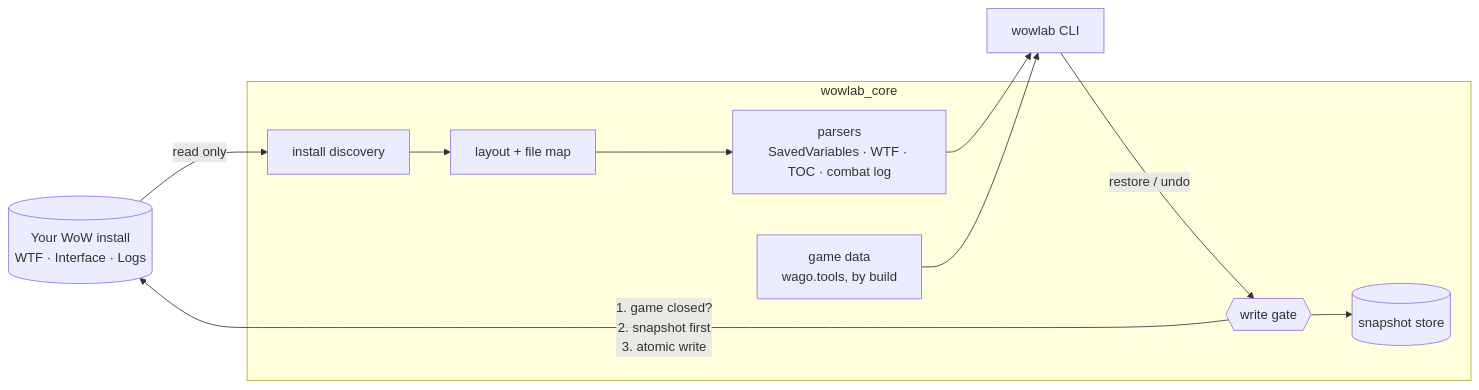
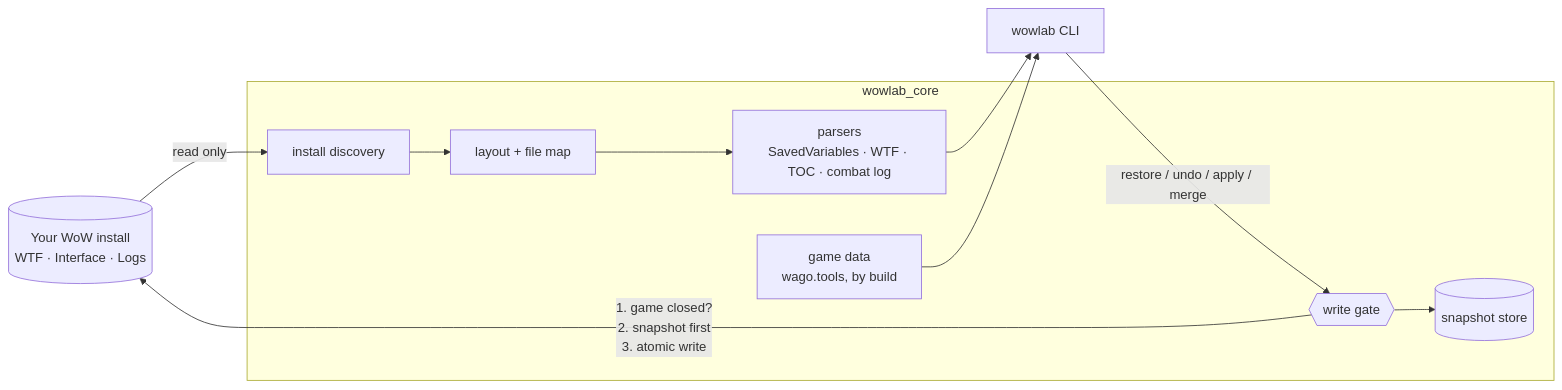
Before and after one commit to sandgraal/wowlab: the diagram in README.md, drawn with Mermaid. The commit also changed other lines of this file, not shown here.

````diff
--- a/README.md
+++ b/README.md
@@ -82,17 +86,17 @@
 ```mermaid
 flowchart LR
     I[("Your WoW install<br/>WTF · Interface · Logs")]
     subgraph core["wowlab_core"]
       D[install discovery] --> L[layout + file map]
       L --> P["parsers<br/>SavedVariables · WTF · TOC · combat log"]
       G[game data<br/>wago.tools, by build]
       S[(snapshot store)]
       W{{write gate}}
     end
     I -- "read only" --> D
     P --> CLI[wowlab CLI]
     G --> CLI
-    CLI -- "restore / undo" --> W
+    CLI -- "restore / undo / apply / merge" --> W
     W -- "1. game closed?<br/>2. snapshot first<br/>3. atomic write" --> I
     W --> S
 ```
````
